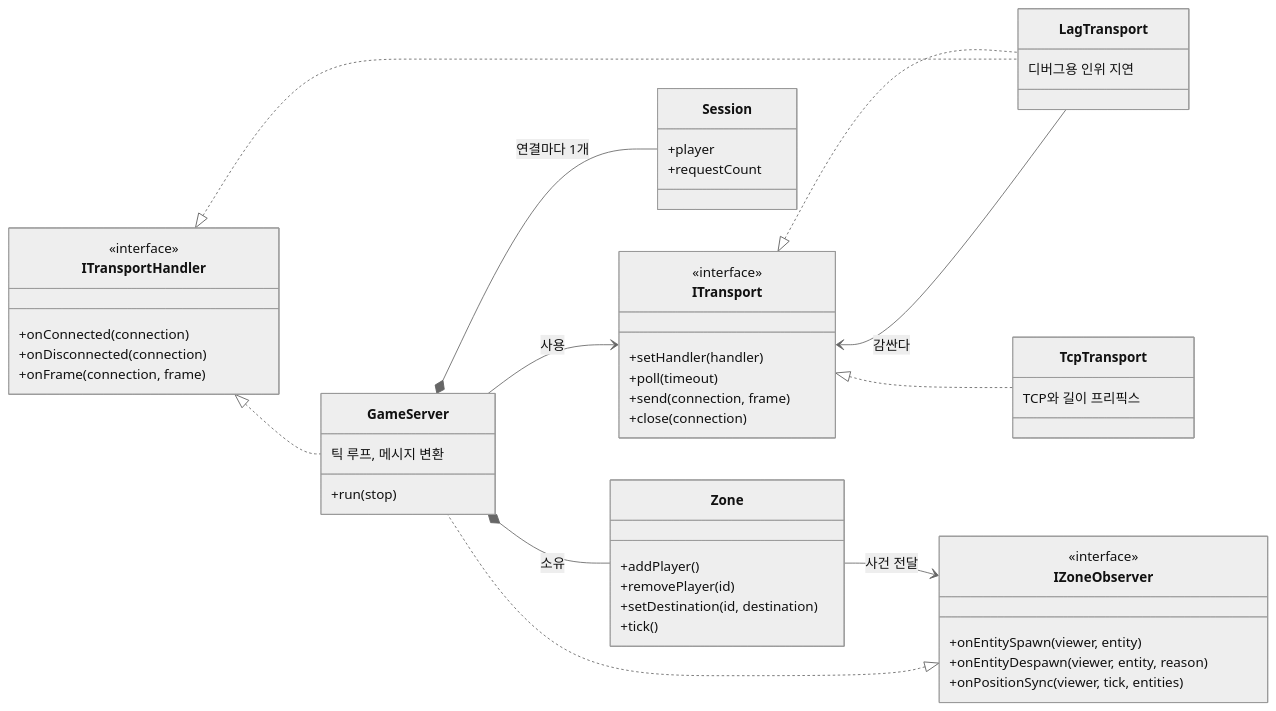
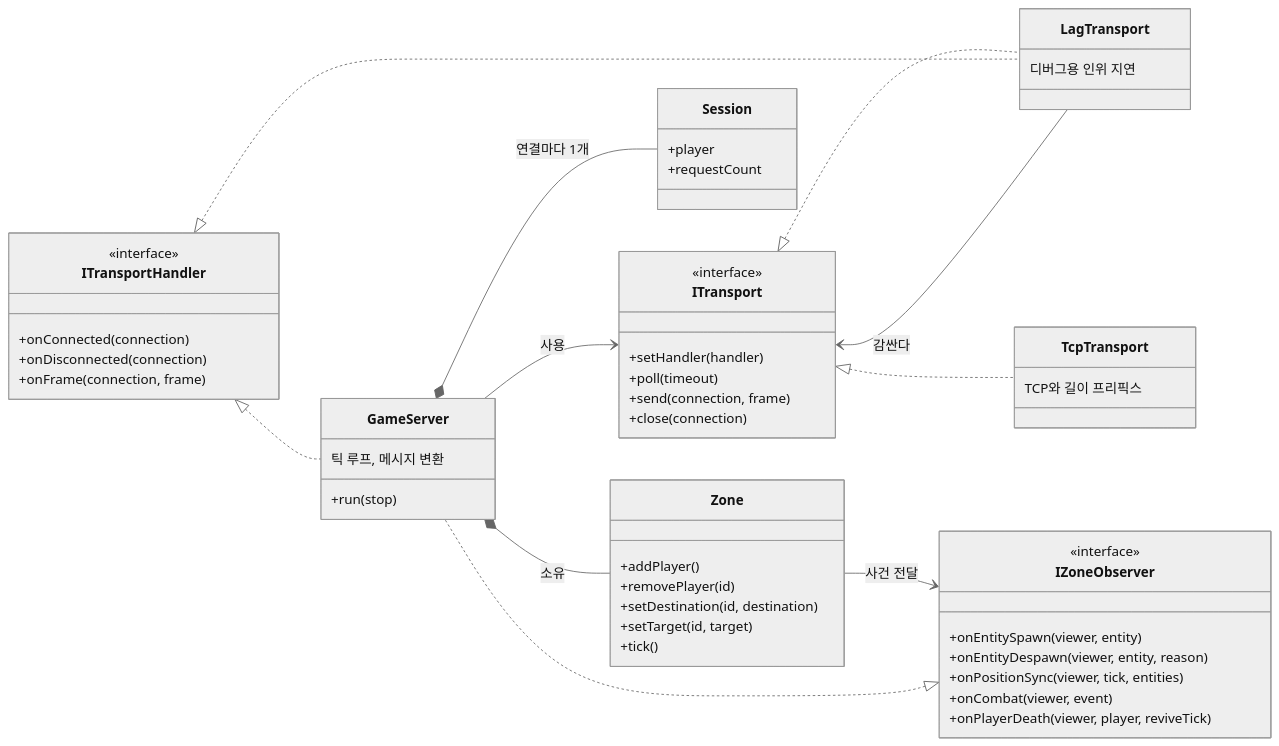
Before and after one commit to Dongs9/try_mmo_server: the diagram in docs/diagrams/src/structure-overview.mmd, drawn with Mermaid (neutral theme). The commit also changed 27 other files, not shown here.

```diff
--- a/docs/diagrams/src/structure-overview.mmd
+++ b/docs/diagrams/src/structure-overview.mmd
@@ -1,53 +1,56 @@
 classDiagram
     direction LR
 
     class ITransport {
         <<interface>>
         +setHandler(handler)
         +poll(timeout)
         +send(connection, frame)
         +close(connection)
     }
     class ITransportHandler {
         <<interface>>
         +onConnected(connection)
         +onDisconnected(connection)
         +onFrame(connection, frame)
     }
     class IZoneObserver {
         <<interface>>
         +onEntitySpawn(viewer, entity)
         +onEntityDespawn(viewer, entity, reason)
         +onPositionSync(viewer, tick, entities)
+        +onCombat(viewer, event)
+        +onPlayerDeath(viewer, player, reviveTick)
     }
     class TcpTransport {
         TCP와 길이 프리픽스
     }
     class LagTransport {
         디버그용 인위 지연
     }
     class GameServer {
         +run(stop)
         틱 루프, 메시지 변환
     }
     class Session {
         +player
         +requestCount
     }
     class Zone {
         +addPlayer()
         +removePlayer(id)
         +setDestination(id, destination)
+        +setTarget(id, target)
         +tick()
     }
 
     ITransport <|.. TcpTransport
     ITransport <|.. LagTransport
     ITransportHandler <|.. LagTransport
     ITransportHandler <|.. GameServer
     IZoneObserver <|.. GameServer
     LagTransport --> ITransport : 감싼다
     GameServer --> ITransport : 사용
     GameServer *-- Zone : 소유
     GameServer *-- Session : 연결마다 1개
     Zone --> IZoneObserver : 사건 전달
```
